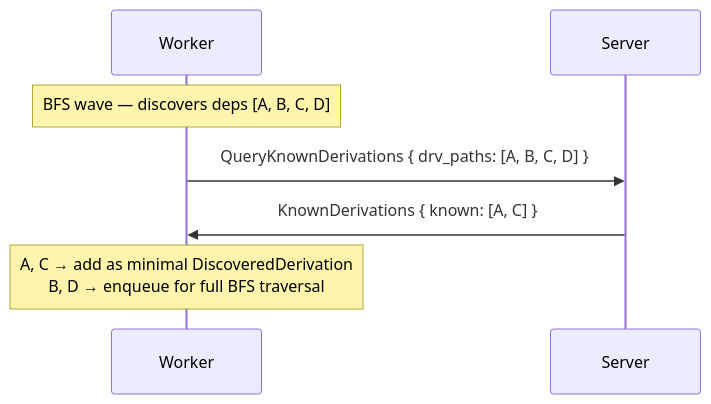
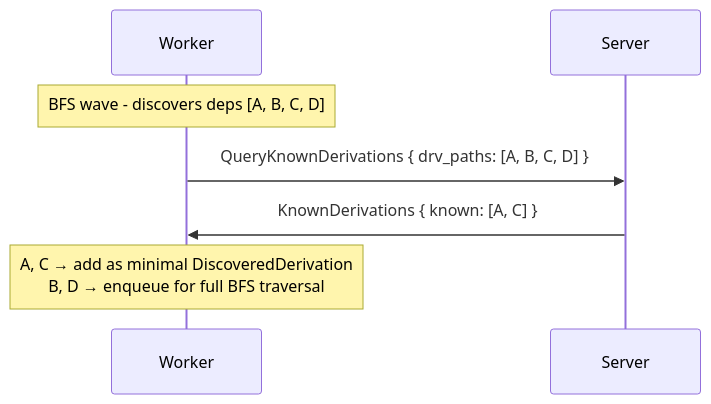
Before and after one commit to wavelens/gradient: diagram 14 of 25 in docs/src/development/proto.md, drawn with Mermaid. The commit also changed other lines of this file and 266 other files, not shown here.

````diff
--- a/docs/src/development/proto.md
+++ b/docs/src/development/proto.md
@@ -709,10 +709,10 @@
 ```mermaid
 sequenceDiagram
     participant W as Worker
     participant S as Server
 
-    Note over W: BFS wave — discovers deps [A, B, C, D]
+    Note over W: BFS wave - discovers deps [A, B, C, D]
     W->>S: QueryKnownDerivations { drv_paths: [A, B, C, D] }
     S->>W: KnownDerivations { known: [A, C] }
     Note over W: A, C → add as minimal DiscoveredDerivation<br/>B, D → enqueue for full BFS traversal
 ```
````
